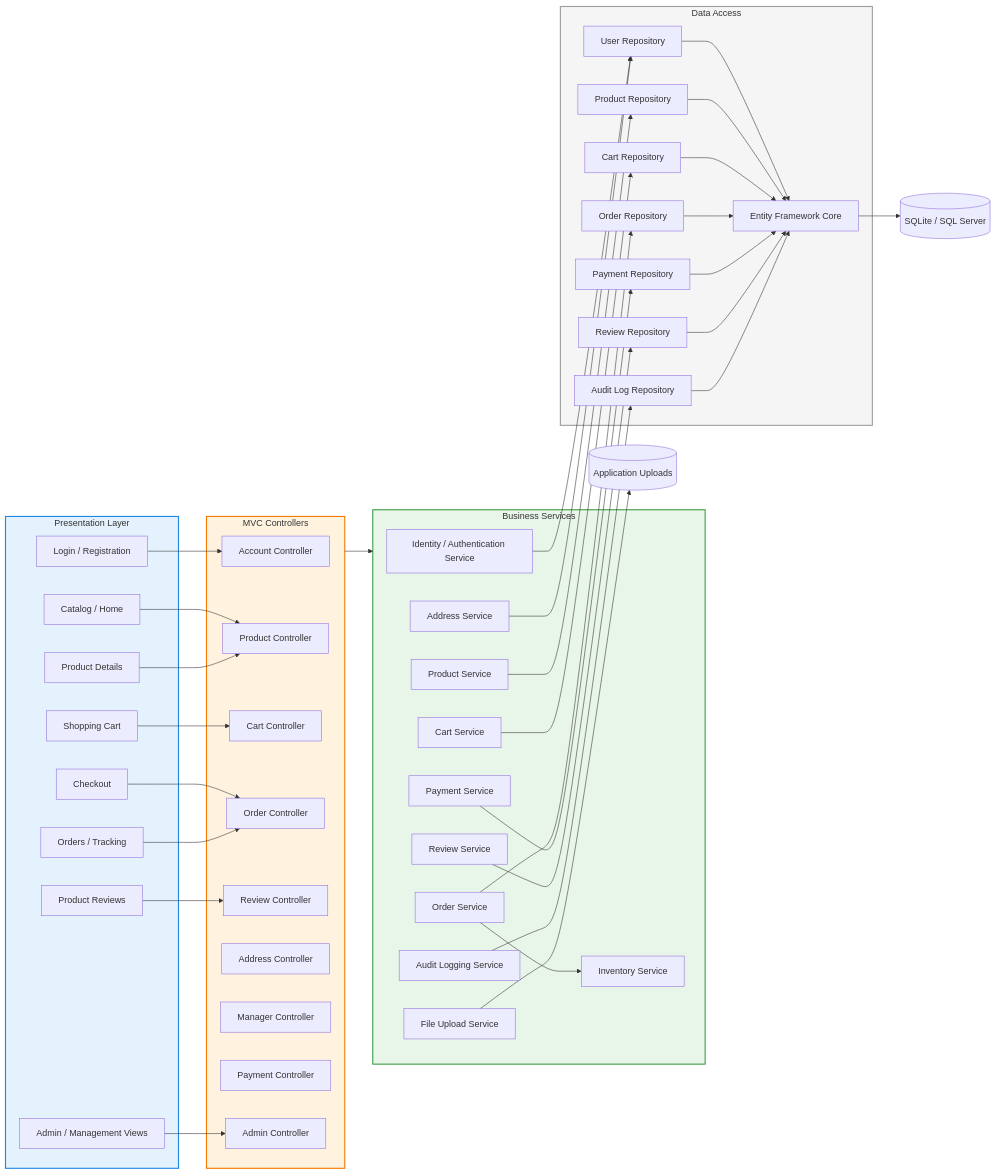
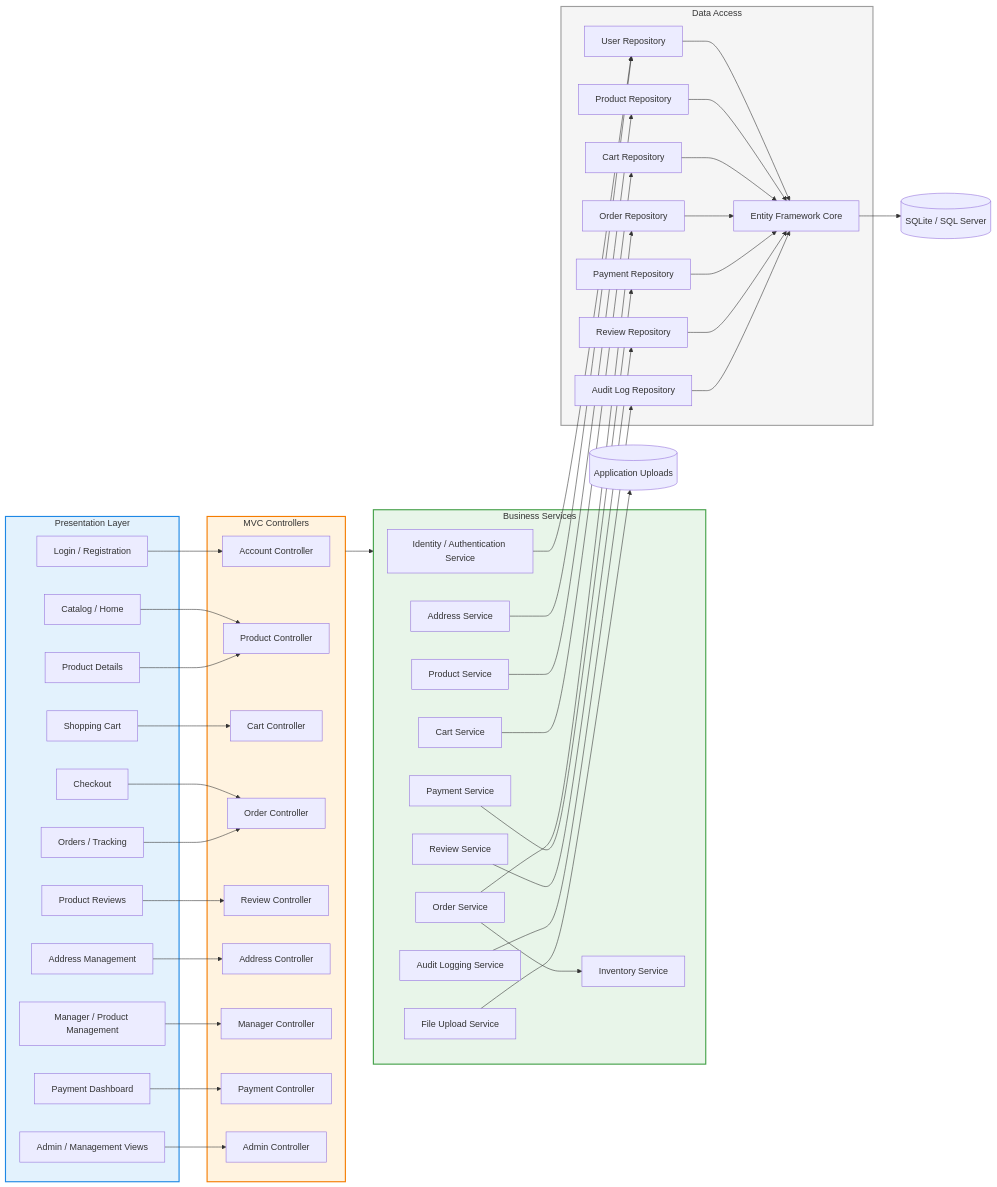
One commit to hananabedalkareemabololy/RuqiStore-Documentation-Meeating changed the second of 3 diagrams in Documantation/09-architecture.md. Above: the diagram before and after it, drawn with Mermaid. The commit also changed other lines of this file, not shown here.

Commit message:
Add Address, Manager, and Payment UI components

````diff
--- a/Documantation/09-architecture.md
+++ b/Documantation/09-architecture.md
@@ -94,6 +93,9 @@
         CheckoutUI["Checkout"]
         OrdersUI["Orders / Tracking"]
         ReviewUI["Product Reviews"]
+        AddressUI["Address Management"]
+        ManagerUI["Manager / Product Management"]
+        PaymentUI["Payment Dashboard"]
         AdminUI["Admin / Management Views"]
     end
 
@@ -143,6 +145,9 @@
     CheckoutUI --> OrderC
     OrdersUI --> OrderC
     ReviewUI --> ReviewC
+    AddressUI --> AddressC
+    ManagerUI --> ManagerC
+    PaymentUI --> PaymentC
     AdminUI --> AdminC
 
     Controllers --> Services
@@ -172,5 +177,4 @@
     style Controllers fill:#fff3e0,stroke:#f57c00,stroke-width:2px
     style Services fill:#e8f5e9,stroke:#43a047,stroke-width:2px
     style Data fill:#f5f5f5,stroke:#9e9e9e,stroke-width:2px
-
 ```
````
